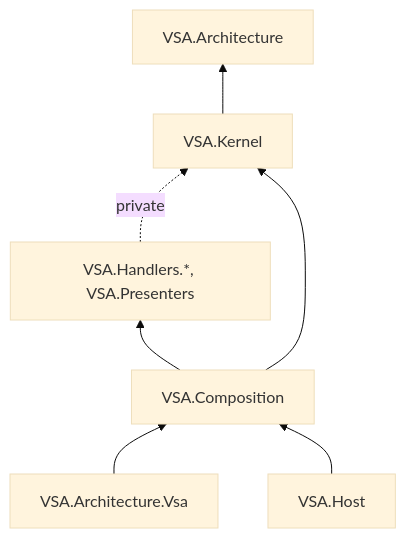
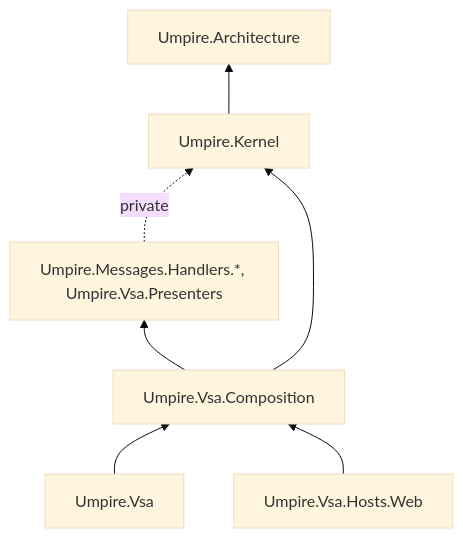
One commit to MgCohen/vsa-template changed the diagram in docs/composition.md. Above: the diagram before and after it, drawn with Mermaid (base theme). The commit also changed other lines of this file and 568 other files, not shown here.

````diff
--- a/docs/composition.md
+++ b/docs/composition.md
@@ -290,9 +290,9 @@
 ```mermaid
 flowchart BT
-    Kernel["VSA.Kernel"] --> Definition["VSA.Architecture"]
-    Layers["VSA.Handlers.*, VSA.Presenters"] -. private .-> Kernel
-    Composition["VSA.Composition"] --> Kernel
+    Kernel["Umpire.Kernel"] --> Definition["Umpire.Architecture"]
+    Layers["Umpire.Messages.Handlers.*, Umpire.Vsa.Presenters"] -. private .-> Kernel
+    Composition["Umpire.Vsa.Composition"] --> Kernel
     Composition --> Layers
-    VsaDefinition["VSA.Architecture.Vsa"] --> Composition
-    Host["VSA.Host"] --> Composition
+    VsaDefinition["Umpire.Vsa"] --> Composition
+    Host["Umpire.Vsa.Hosts.Web"] --> Composition
 ```
````
